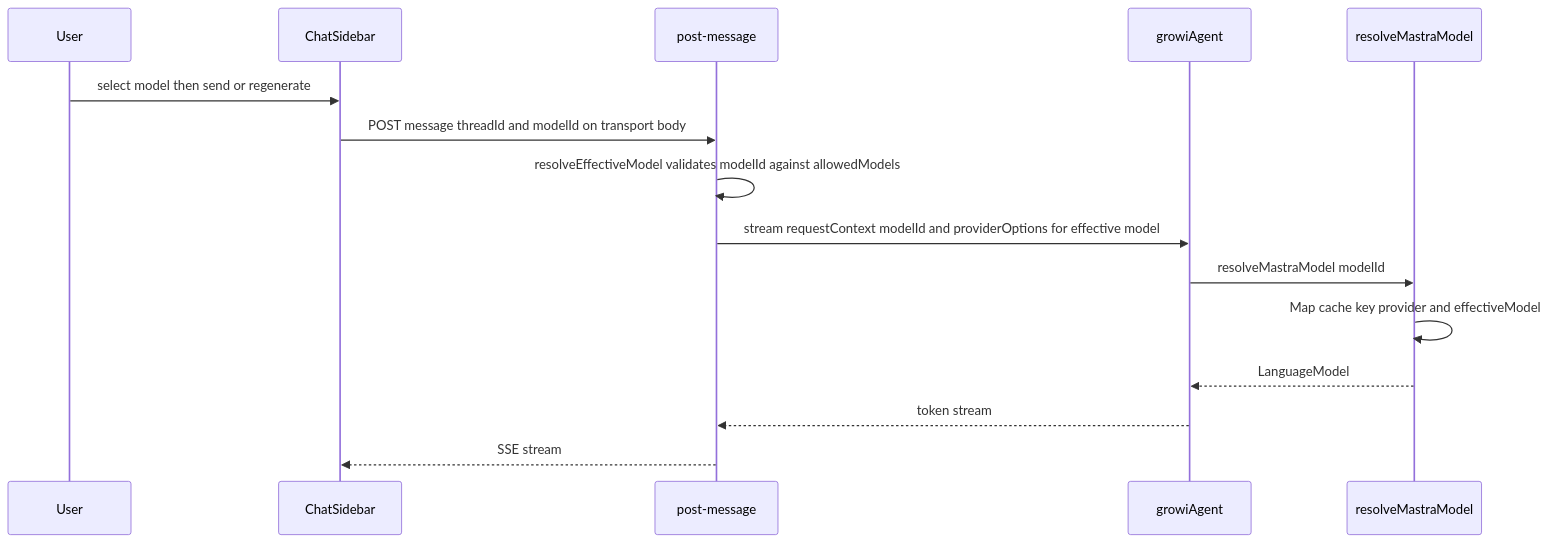
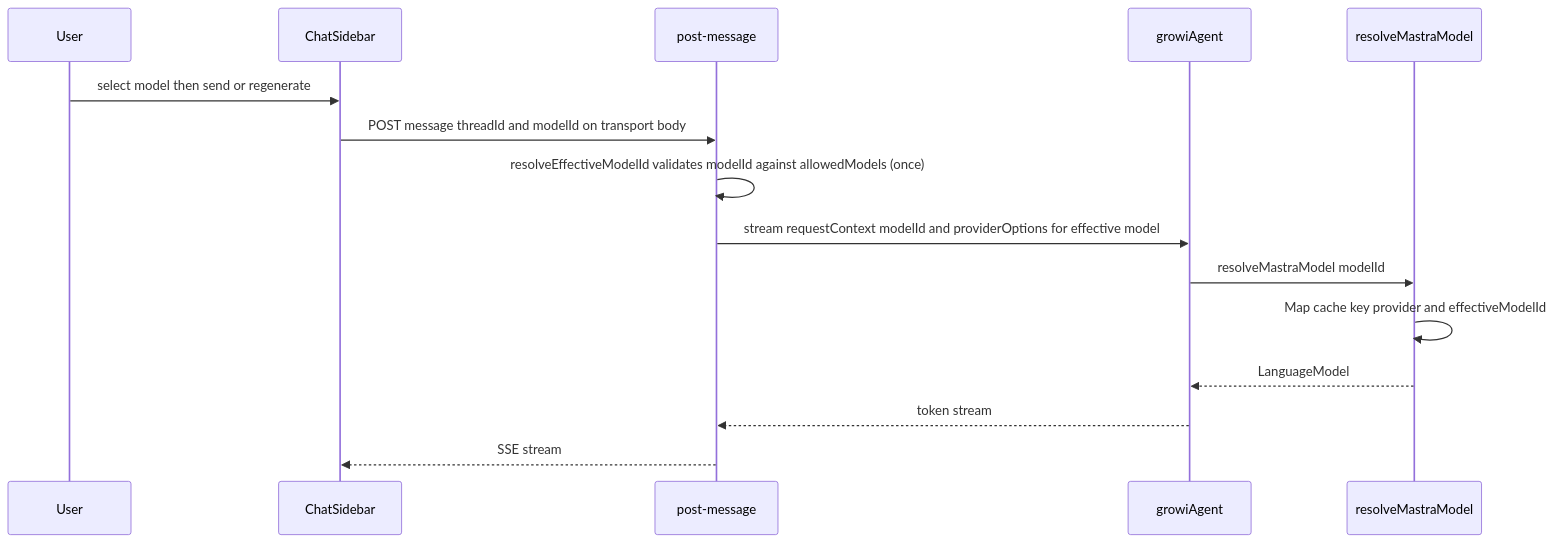
Before and after one commit to growilabs/growi: the second of 3 diagrams in .kiro/specs/mastra-multi-model-chat/design.md, drawn with Mermaid. The commit also changed other lines of this file and 8 other files, not shown here.

First line of the commit message:
Refactor multi-LLM provider specifications to align with mastra-multi-model-chat implementation

````diff
--- a/.kiro/specs/mastra-multi-model-chat/design.md
+++ b/.kiro/specs/mastra-multi-model-chat/design.md
@@ -151,17 +152,17 @@
 ```mermaid
 sequenceDiagram
   participant U as User
   participant C as ChatSidebar
   participant P as post-message
   participant A as growiAgent
   participant R as resolveMastraModel
   U->>C: select model then send or regenerate
   C->>P: POST message threadId and modelId on transport body
-  P->>P: resolveEffectiveModel validates modelId against allowedModels
+  P->>P: resolveEffectiveModelId validates modelId against allowedModels (once)
   P->>A: stream requestContext modelId and providerOptions for effective model
   A->>R: resolveMastraModel modelId
-  R->>R: Map cache key provider and effectiveModel
+  R->>R: Map cache key provider and effectiveModelId
   R-->>A: LanguageModel
   A-->>P: token stream
   P-->>C: SSE stream
 ```
````
